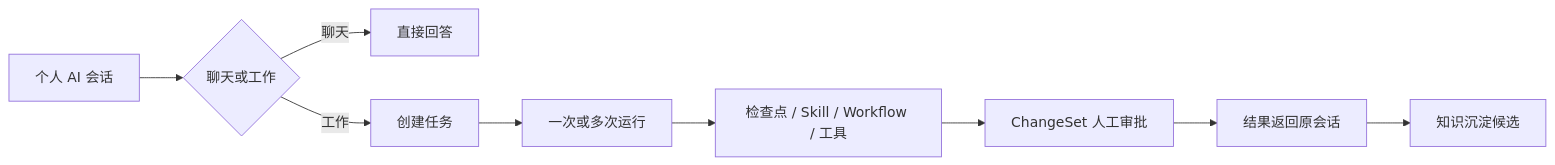
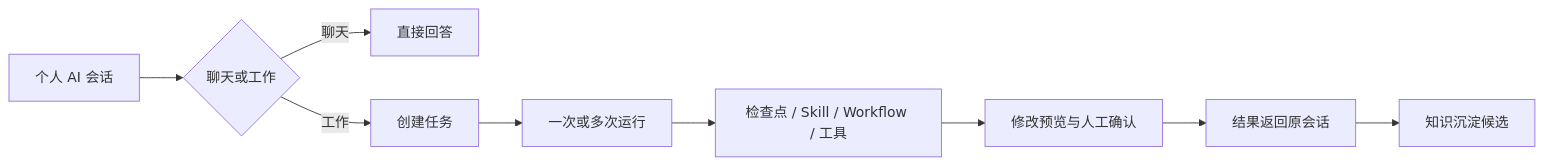
Before and after one commit to gnedhy/honghao-ai-workbench: the diagram in 设计概念/V0.2信息架构说明.md, drawn with Mermaid. The commit also changed other lines of this file and 8 other files, not shown here.

````diff
--- a/设计概念/V0.2信息架构说明.md
+++ b/设计概念/V0.2信息架构说明.md
@@ -42,11 +42,11 @@
 ```mermaid
 flowchart LR
     A["个人 AI 会话"] --> B{"聊天或工作"}
     B -->|聊天| C["直接回答"]
     B -->|工作| D["创建任务"]
     D --> E["一次或多次运行"]
     E --> F["检查点 / Skill / Workflow / 工具"]
-    F --> G["ChangeSet 人工审批"]
+    F --> G["修改预览与人工确认"]
     G --> H["结果返回原会话"]
     H --> I["知识沉淀候选"]
 ```
````
